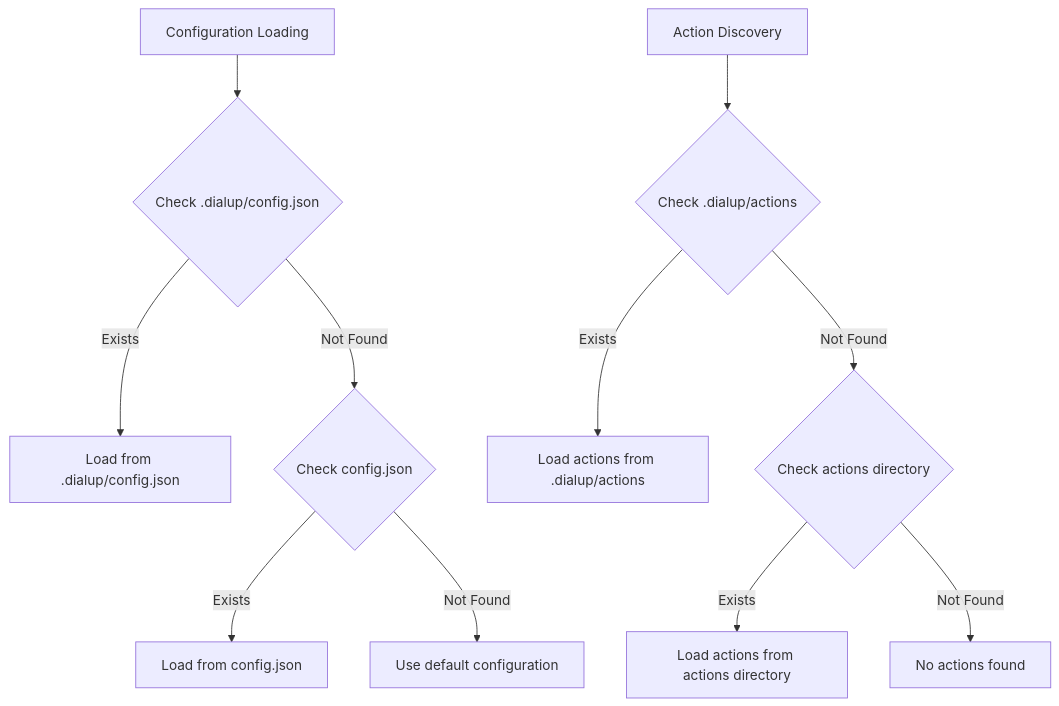
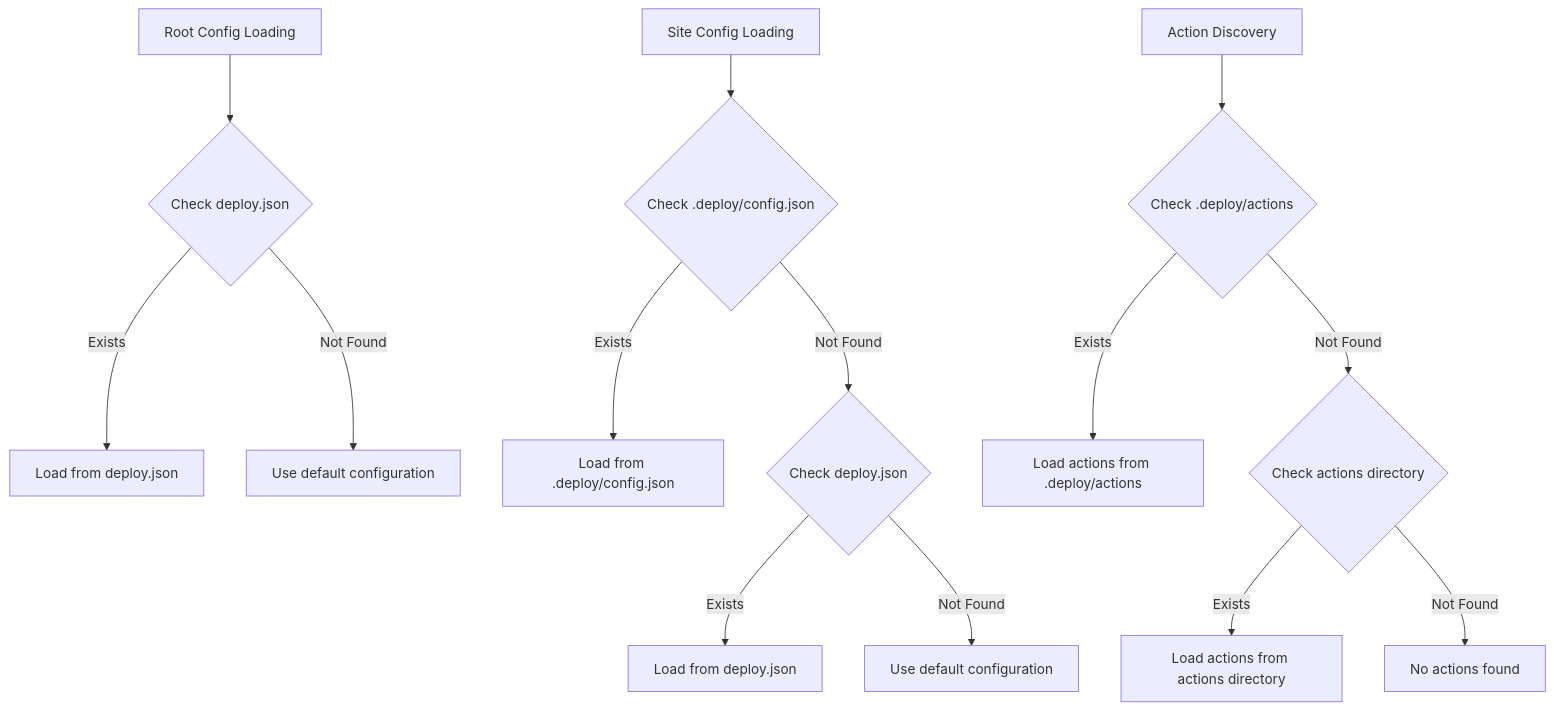
One commit to keithk/deploy changed the second of 2 diagrams in docs/configuration.md. Above: the diagram before and after it, drawn with Mermaid. The commit also changed other lines of this file and 3 other files, not shown here.

````diff
--- a/docs/configuration.md
+++ b/docs/configuration.md
@@ -60,14 +61,18 @@
 ```mermaid
 graph TD
-    A[Configuration Loading] --> B{Check .dialup/config.json}
-    B -->|Exists| C[Load from .dialup/config.json]
-    B -->|Not Found| D{Check config.json}
-    D -->|Exists| E[Load from config.json]
-    D -->|Not Found| F[Use default configuration]
+    A[Root Config Loading] --> B{Check deploy.json}
+    B -->|Exists| C[Load from deploy.json]
+    B -->|Not Found| D[Use default configuration]
 
-    G[Action Discovery] --> H{Check .dialup/actions}
-    H -->|Exists| I[Load actions from .dialup/actions]
-    H -->|Not Found| J{Check actions directory}
-    J -->|Exists| K[Load actions from actions directory]
-    J -->|Not Found| L[No actions found]
+    E[Site Config Loading] --> F{Check .deploy/config.json}
+    F -->|Exists| G[Load from .deploy/config.json]
+    F -->|Not Found| H{Check deploy.json}
+    H -->|Exists| I[Load from deploy.json]
+    H -->|Not Found| J[Use default configuration]
+
+    K[Action Discovery] --> L{Check .deploy/actions}
+    L -->|Exists| M[Load actions from .deploy/actions]
+    L -->|Not Found| N{Check actions directory}
+    N -->|Exists| O[Load actions from actions directory]
+    N -->|Not Found| P[No actions found]
 ```
````
